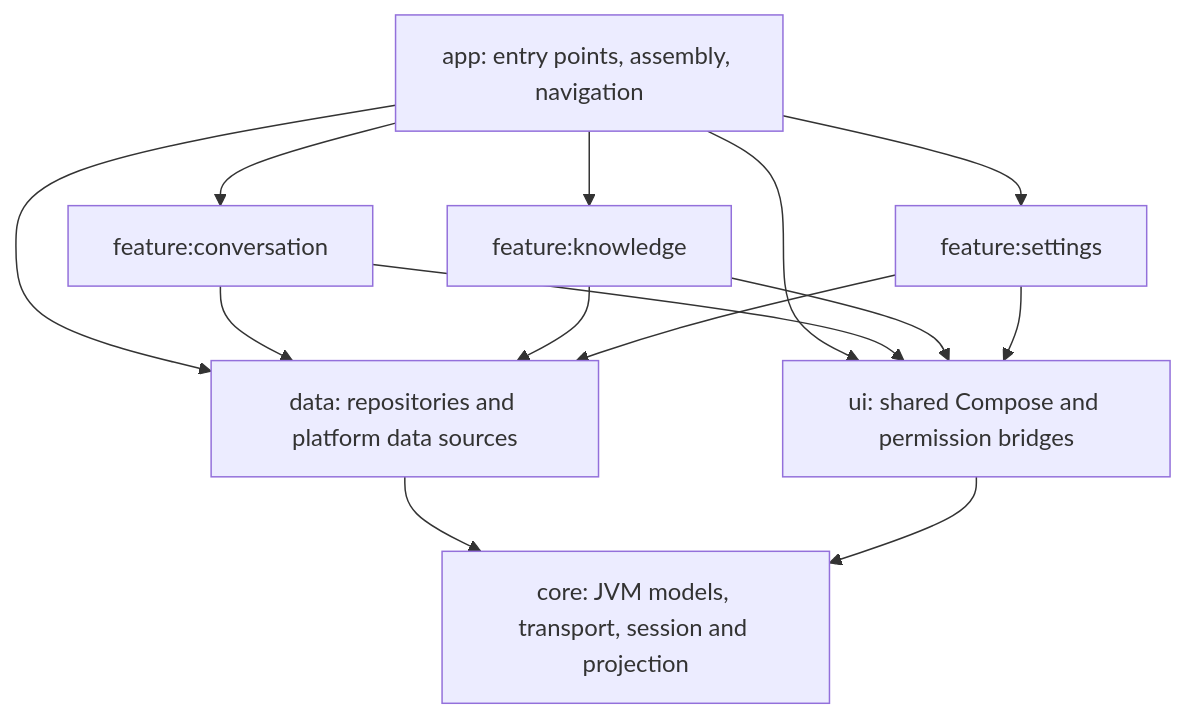
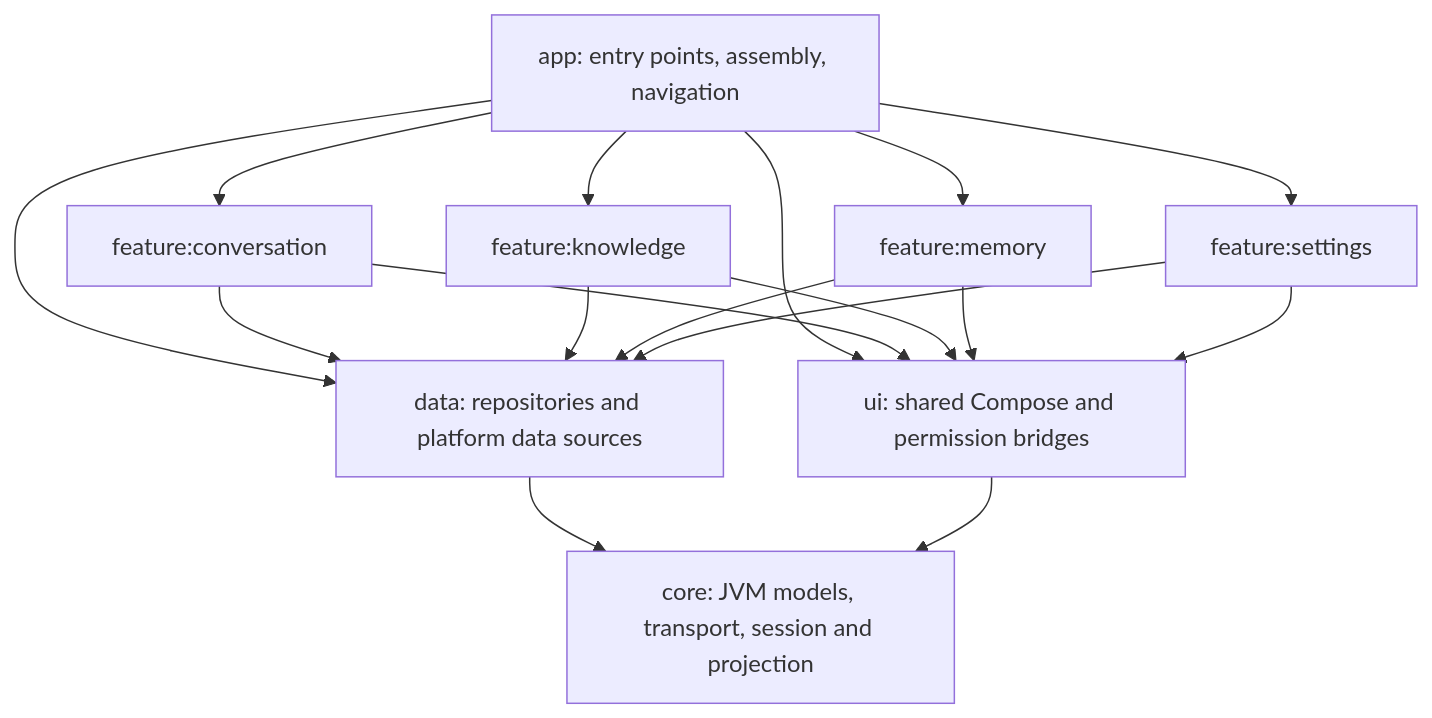
Before and after one commit to by291/agent-playground: the diagram in docs/android-architecture.md, drawn with Mermaid. The commit also changed other lines of this file and 25 other files, not shown here.

````diff
--- a/docs/android-architecture.md
+++ b/docs/android-architecture.md
@@ -9,16 +9,19 @@
 ```mermaid
 flowchart TD
     app[app: entry points, assembly, navigation] --> conversation[feature:conversation]
     app --> knowledge[feature:knowledge]
+    app --> memory[feature:memory]
     app --> settings[feature:settings]
     app --> data[data: repositories and platform data sources]
     app --> ui[ui: shared Compose and permission bridges]
     conversation --> data
     knowledge --> data
+    memory --> data
     settings --> data
     conversation --> ui
     knowledge --> ui
+    memory --> ui
     settings --> ui
     data --> core[core: JVM models, transport, session and projection]
     ui --> core
 ```
````
